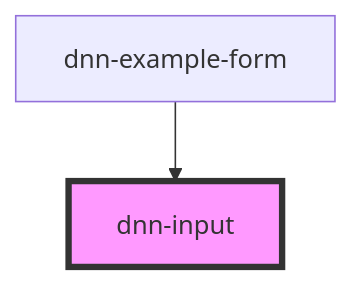
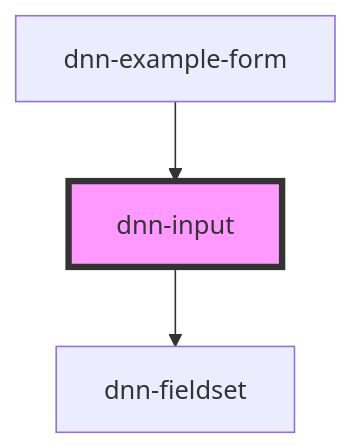
One commit to DNNCommunity/dnn-elements changed the diagram in packages/stencil-library/src/components/dnn-input/readme.md. Above: the diagram before and after it, drawn with Mermaid. The commit also changed other lines of this file and 9 other files, not shown here.

First line of the commit message:
Updated dnn-select to use dnn-fieldset

````diff
--- a/packages/stencil-library/src/components/dnn-input/readme.md
+++ b/packages/stencil-library/src/components/dnn-input/readme.md
@@ -100,5 +104,6 @@
 ```mermaid
 graph TD;
+  dnn-input --> dnn-fieldset
   dnn-example-form --> dnn-input
   style dnn-input fill:#f9f,stroke:#333,stroke-width:4px
 ```
````
